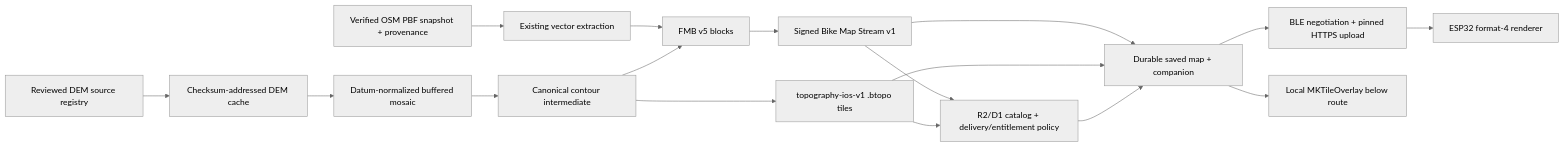
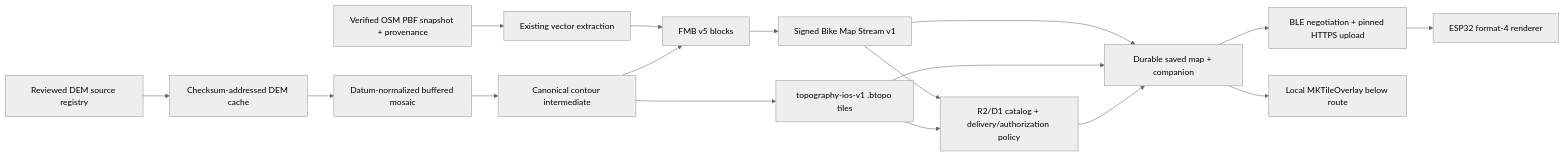
One commit to seichris/open-bike-computer changed the diagram in docs/plans/issue-190-topographic-map-support-implementation-plan.md. Above: the diagram before and after it, drawn with Mermaid (neutral theme). The commit also changed other lines of this file and 22 other files, not shown here.

````diff
--- a/docs/plans/issue-190-topographic-map-support-implementation-plan.md
+++ b/docs/plans/issue-190-topographic-map-support-implementation-plan.md
@@ -248,19 +239,19 @@
 ```mermaid
 flowchart LR
     OSM["Verified OSM PBF snapshot + provenance"] --> VEC["Existing vector extraction"]
     REG["Reviewed DEM source registry"] --> CACHE["Checksum-addressed DEM cache"]
     CACHE --> MOSAIC["Datum-normalized buffered mosaic"]
     MOSAIC --> CONTOUR["Canonical contour intermediate"]
     VEC --> FMB5["FMB v5 blocks"]
     CONTOUR --> FMB5
     CONTOUR --> IOSASSET["topography-ios-v1 .btopo tiles"]
     FMB5 --> STREAM["Signed Bike Map Stream v1"]
     STREAM --> APP["Durable saved map + companion"]
     APP --> TRANSFER["BLE negotiation + pinned HTTPS upload"]
     TRANSFER --> DEVICE["ESP32 format-4 renderer"]
     IOSASSET --> APP
     APP --> MAPKIT["Local MKTileOverlay below route"]
-    CAT["R2/D1 catalog + delivery/entitlement policy"] --> APP
+    CAT["R2/D1 catalog + delivery/authorization policy"] --> APP
     STREAM --> CAT
     IOSASSET --> CAT
 ```
````
